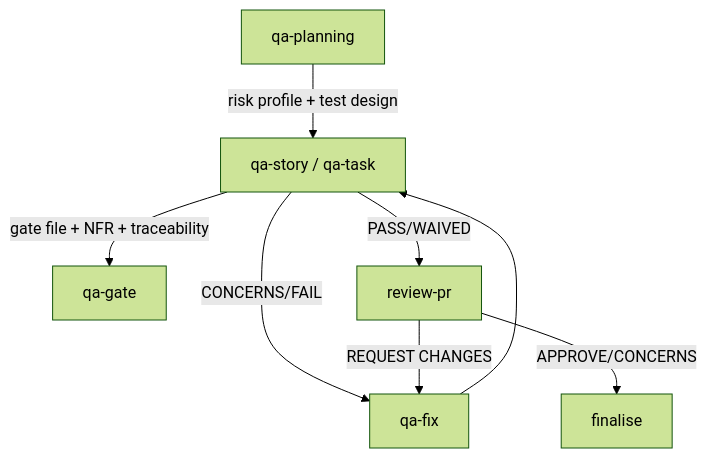
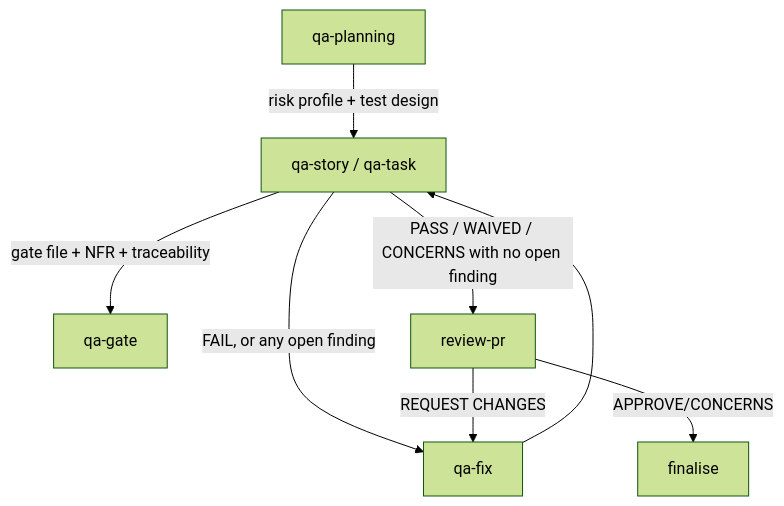
The diagram in docs/runbooks/qa-flow.md (Gamaroff/agent-skills), drawn with Mermaid (forest theme) before and after one commit. The commit also changed 14 other files, not shown here.

````diff
--- a/docs/runbooks/qa-flow.md
+++ b/docs/runbooks/qa-flow.md
@@ -17,10 +17,10 @@
 ```mermaid
 flowchart TD
     A[qa-planning] -->|risk profile + test design| B[qa-story / qa-task]
     B -->|gate file + NFR + traceability| C[qa-gate]
-    B -->|CONCERNS/FAIL| D[qa-fix]
+    B -->|FAIL, or any open finding| D[qa-fix]
     D --> B
-    B -->|PASS/WAIVED| E[review-pr]
+    B -->|PASS / WAIVED / CONCERNS with no open finding| E[review-pr]
     E -->|REQUEST CHANGES| D
     E -->|APPROVE/CONCERNS| F[finalise]
 ```
````
